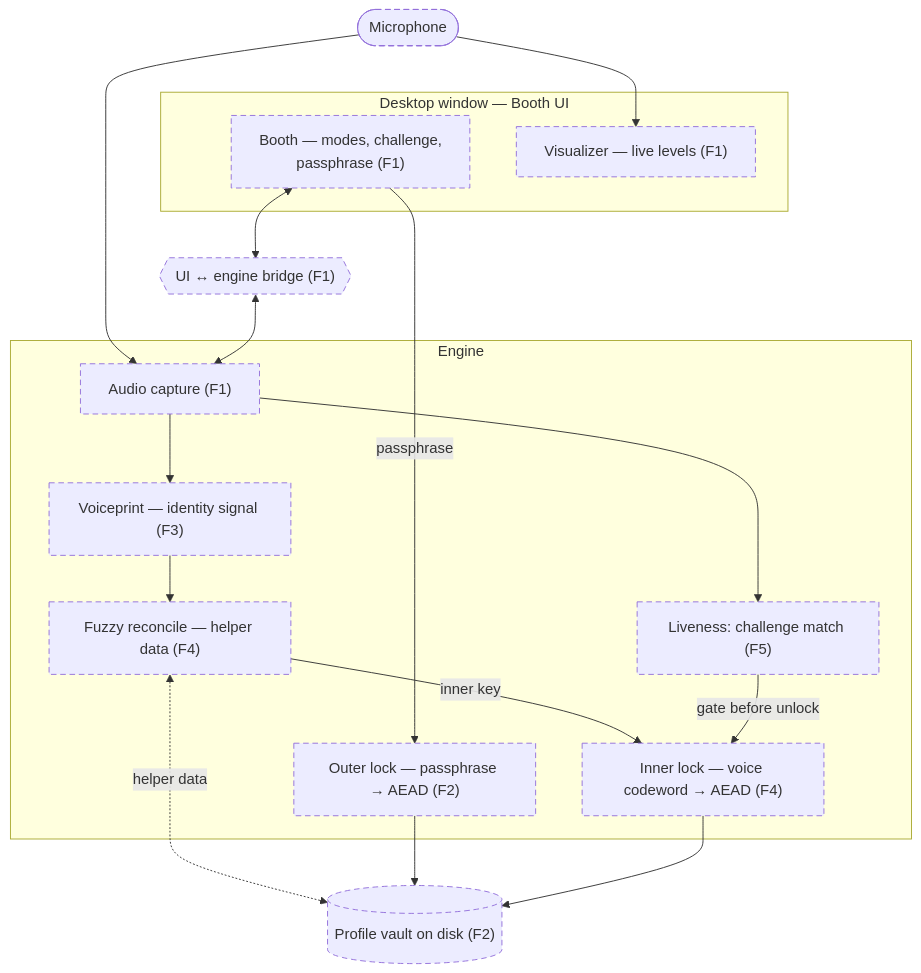
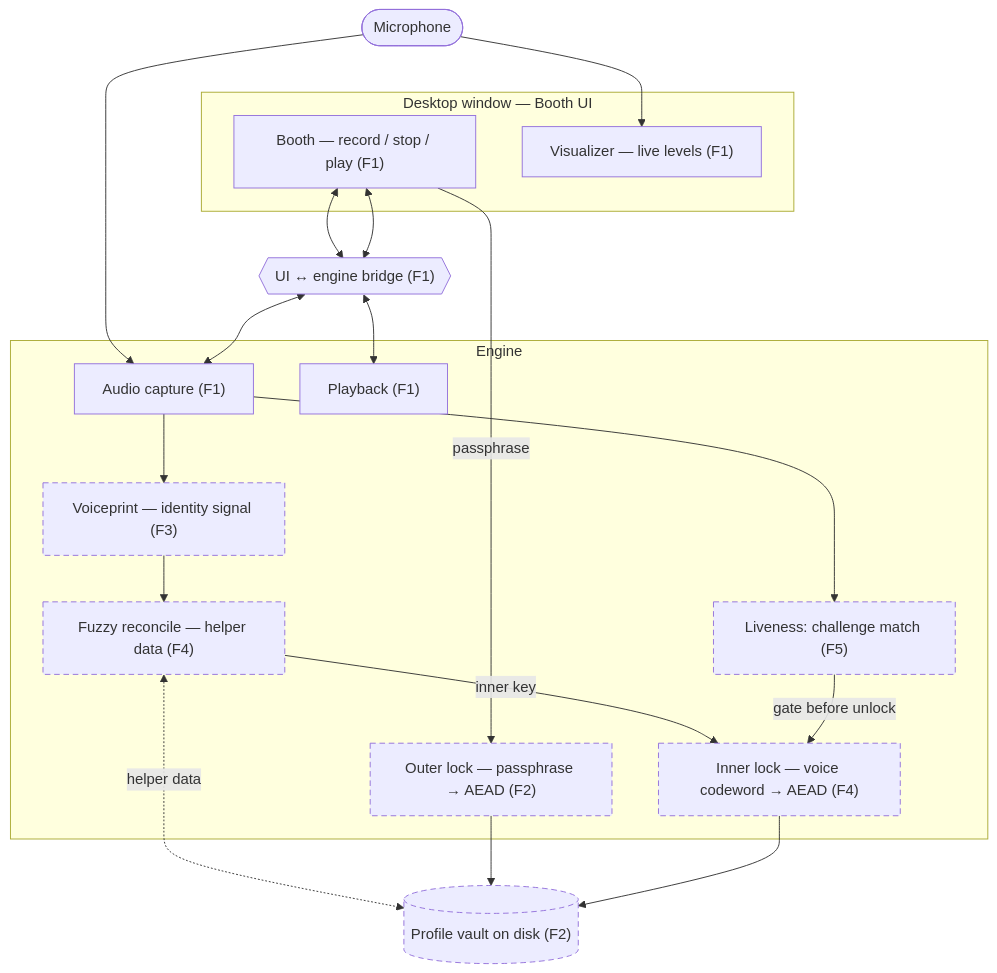
The diagram in .harness/memory/codebase-map.md (Vziraka/voicelock), drawn with Mermaid before and after one commit. The commit also changed other lines of this file and 4 other files, not shown here.

````diff
--- a/.harness/memory/codebase-map.md
+++ b/.harness/memory/codebase-map.md
@@ -14,38 +11,40 @@
 ```mermaid
 flowchart TB
     Mic([Microphone])
 
     subgraph Window["Desktop window — Booth UI"]
-        Booth["Booth — modes, challenge,<br/>passphrase (F1)"]
+        Booth["Booth — record / stop / play (F1)"]
         Viz["Visualizer — live levels (F1)"]
     end
 
     Bridge{{"UI ↔ engine bridge (F1)"}}
 
     subgraph Engine["Engine"]
         Capture["Audio capture (F1)"]
+        Playback["Playback (F1)"]
         Voiceprint["Voiceprint — identity signal (F3)"]
         Challenge["Liveness: challenge match (F5)"]
         Fuzzy["Fuzzy reconcile — helper data (F4)"]
         Outer["Outer lock — passphrase → AEAD (F2)"]
         Inner["Inner lock — voice codeword → AEAD (F4)"]
     end
 
     Vault[("Profile vault on disk (F2)")]
 
     Mic --> Viz
     Mic --> Capture
     Booth <--> Bridge <--> Capture
+    Booth <--> Bridge <--> Playback
     Booth -- "passphrase" --> Outer
     Capture --> Voiceprint
     Capture --> Challenge
     Voiceprint --> Fuzzy
     Fuzzy -- "inner key" --> Inner
     Fuzzy <-. "helper data" .-> Vault
     Outer --> Vault
     Inner --> Vault
     Challenge -- "gate before unlock" --> Inner
 
     classDef planned stroke-dasharray:6 4
-    class Mic,Booth,Viz,Bridge,Capture,Voiceprint,Challenge,Fuzzy,Outer,Inner,Vault planned
+    class Voiceprint,Challenge,Fuzzy,Outer,Inner,Vault planned
 ```
````
